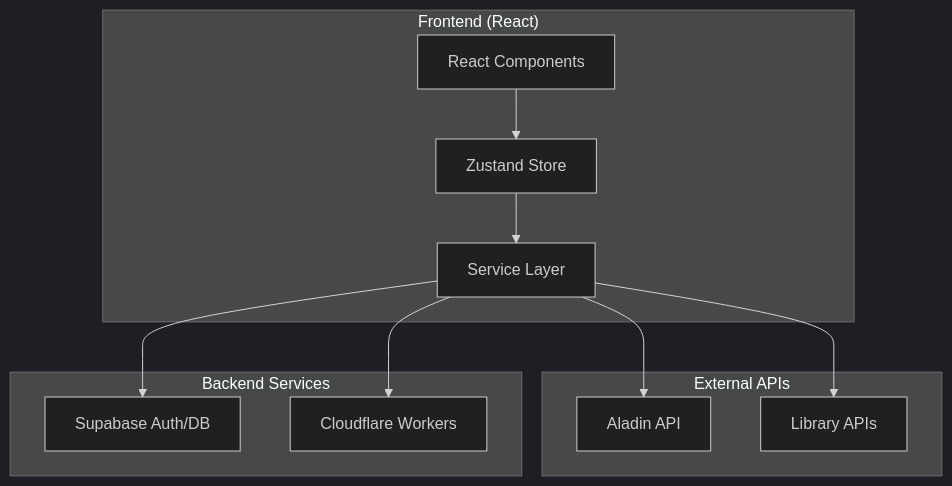
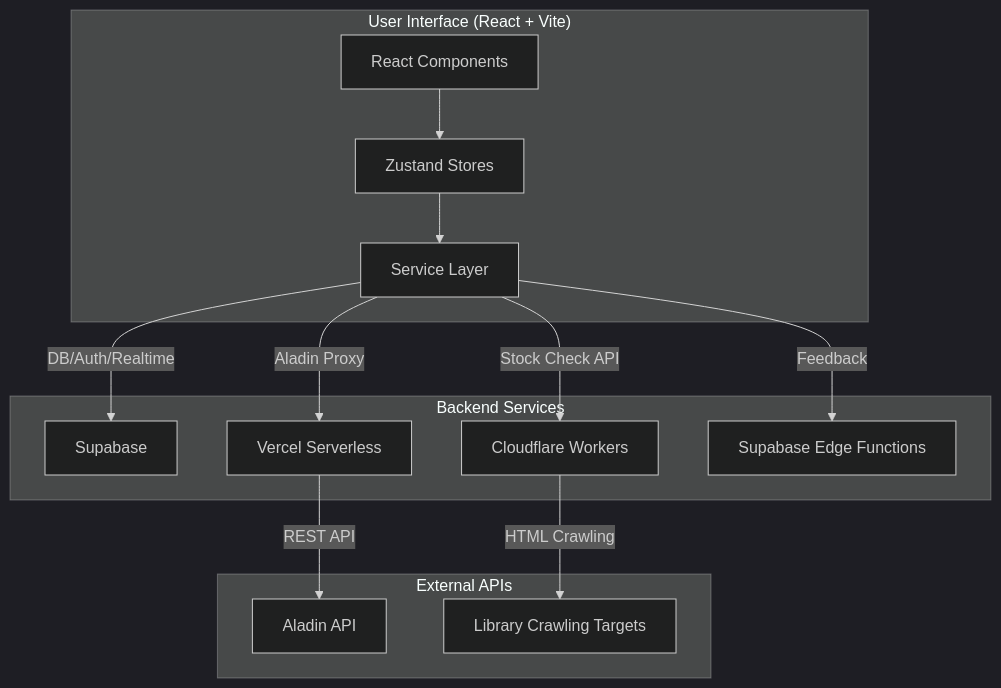
The diagram in docs/DEVELOPMENT.md (ahnbu/my_bookstations), drawn with Mermaid (dark theme) before and after one commit. The commit also changed other lines of this file and 5 other files, not shown here.

````diff
--- a/docs/DEVELOPMENT.md
+++ b/docs/DEVELOPMENT.md
@@ -24,22 +8,27 @@
 ```mermaid
-graph TB
-    subgraph "Frontend (React)"
-        A[React Components] --> B[Zustand Store]
+graph TD
+    subgraph "User Interface (React + Vite)"
+        A[React Components] --> B[Zustand Stores]
         B --> C[Service Layer]
     end
-    
+
+    subgraph "Backend Services"
+        F[Supabase]
+        G[Cloudflare Workers]
+        H[Vercel Serverless]
+        I[Supabase Edge Functions]
+    end
+
     subgraph "External APIs"
         D[Aladin API]
-        E[Library APIs]
+        E[Library Crawling Targets]
     end
-    
-    subgraph "Backend Services"
-        F[Supabase Auth/DB]
-        G[Cloudflare Workers]
-    end
-    
-    C --> D
-    C --> E
-    C --> F
-    C --> G
+
+    C -- "DB/Auth/Realtime" --> F
+    C -- "Stock Check API" --> G
+    C -- "Aladin Proxy" --> H
+    C -- "Feedback" --> I
+
+    H -- "REST API" --> D
+    G -- "HTML Crawling" --> E
 ```
````
